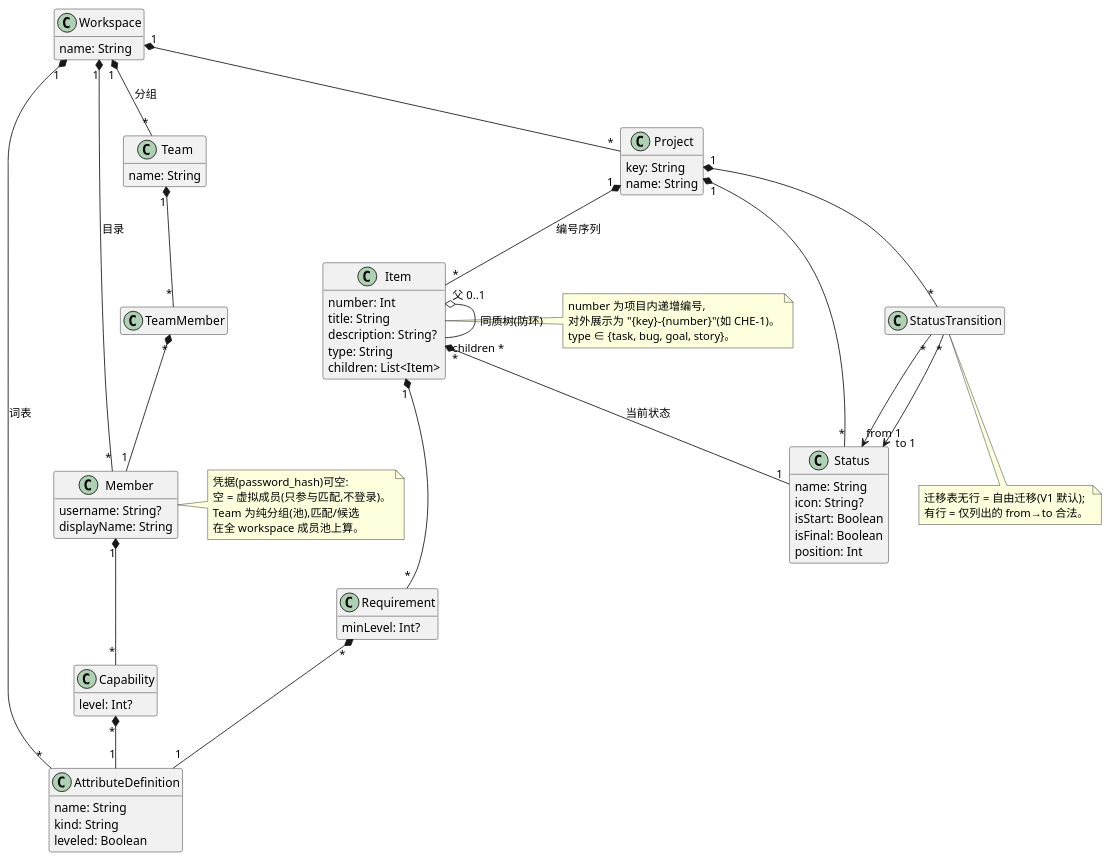
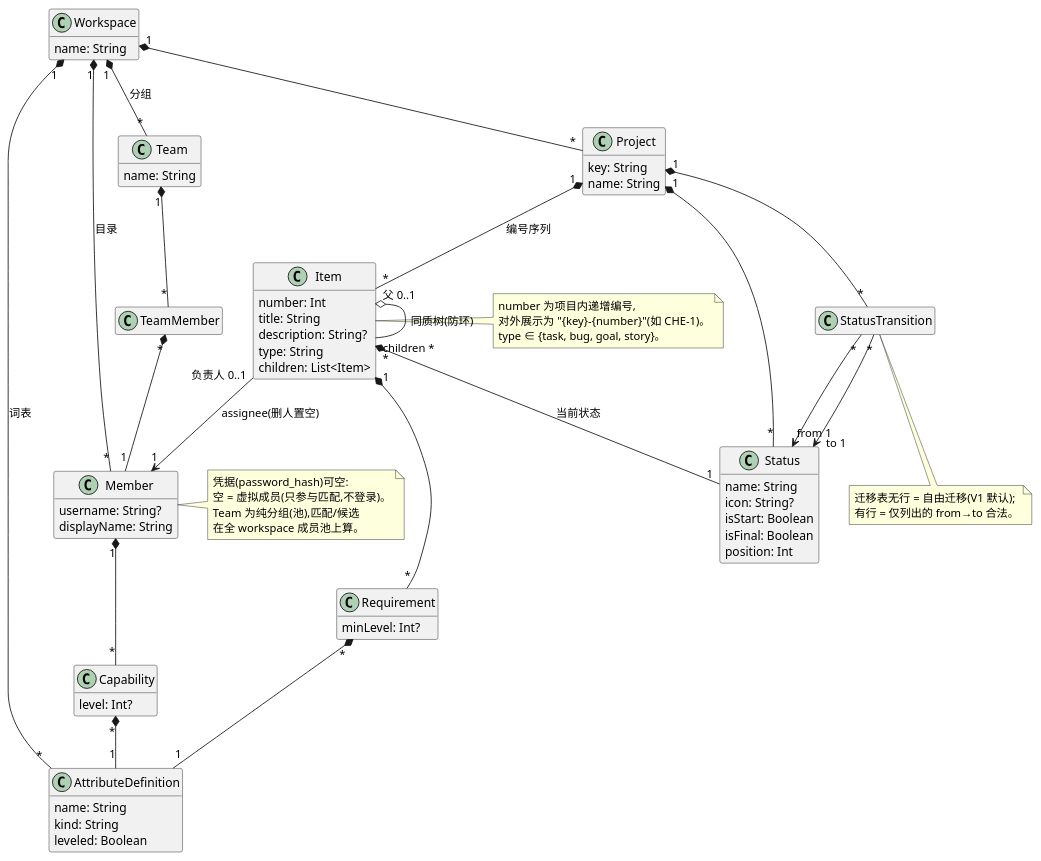
The diagram in docs/architecture/entities.puml (jcwhmn/yangzhou), drawn with PlantUML before and after one commit. The commit also changed 9 other files, not shown here.

```diff
--- a/docs/architecture/entities.puml
+++ b/docs/architecture/entities.puml
@@ -1,89 +1,90 @@
 @startuml
 hide empty members
 ' yangzhou.persistence — schema 实体概念图(V1__core.sql + V2__workflow.sql)
 ' 只画领域字段;infra(id/objectId/createdAt/updatedAt/passwordHash/lastItemNumber)不画;
 ' parentId 不画,反转为父侧 children(List)。真相源是 Flyway schema:改表必须同步此图(AGENTS.md「类图」)。
 hide empty members
 skinparam classAttributeIconSize 0
 
 class Workspace {
   name: String
 }
 class Member {
   username: String?
   displayName: String
 }
 class AttributeDefinition {
   name: String
   kind: String
   leveled: Boolean
 }
 class Capability {
   level: Int?
 }
 class Project {
   key: String
   name: String
 }
 class Status {
   name: String
   icon: String?
   isStart: Boolean
   isFinal: Boolean
   position: Int
 }
 class StatusTransition
 class Team {
   name: String
 }
 class Item {
   number: Int
   title: String
   description: String?
   type: String
   children: List<Item>
 }
 class Requirement {
   minLevel: Int?
 }
 
 Workspace "1" *-- "*" Member : 目录
 Workspace "1" *-- "*" AttributeDefinition : 词表
 Workspace "1" *-- "*" Team : 分组
 Team "1" *-- "*" TeamMember
 TeamMember "*" *-- "1" Member
 
 Workspace "1" *-- "*" Project
 
 Member "1" *-- "*" Capability
 Capability "*" *-- "1" AttributeDefinition
 
 Project "1" *-- "*" Item : 编号序列
 Project "1" *-- "*" Status
 Project "1" *-- "*" StatusTransition
 
 Item "父 0..1" o-- "children *" Item : 同质树(防环)
 
+Item "负责人 0..1" --> "1" Member : assignee(删人置空)
 Item "*" *-- "1" Status : 当前状态
 Item "1" *-- "*" Requirement
 Requirement "*" *-- "1" AttributeDefinition
 
 StatusTransition "*" --> "from 1" Status
 StatusTransition "*" --> "to 1" Status
 
 note bottom of StatusTransition
   迁移表无行 = 自由迁移(V1 默认);
   有行 = 仅列出的 from→to 合法。
 end note
 note right of Member
   凭据(password_hash)可空:
   空 = 虚拟成员(只参与匹配,不登录)。
   Team 为纯分组(池),匹配/候选
   在全 workspace 成员池上算。
 end note
 note right of Item
   number 为项目内递增编号,
   对外展示为 "{key}-{number}"(如 CHE-1)。
   type ∈ {task, bug, goal, story}。
 end note
 @enduml
```
